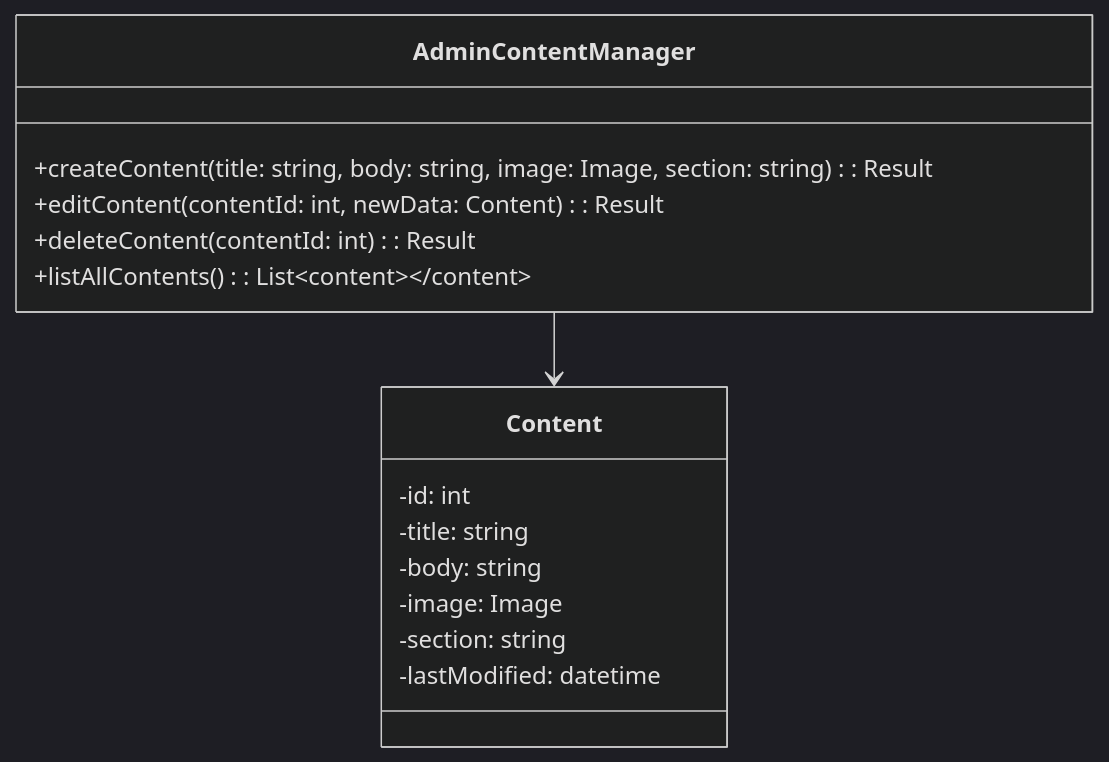
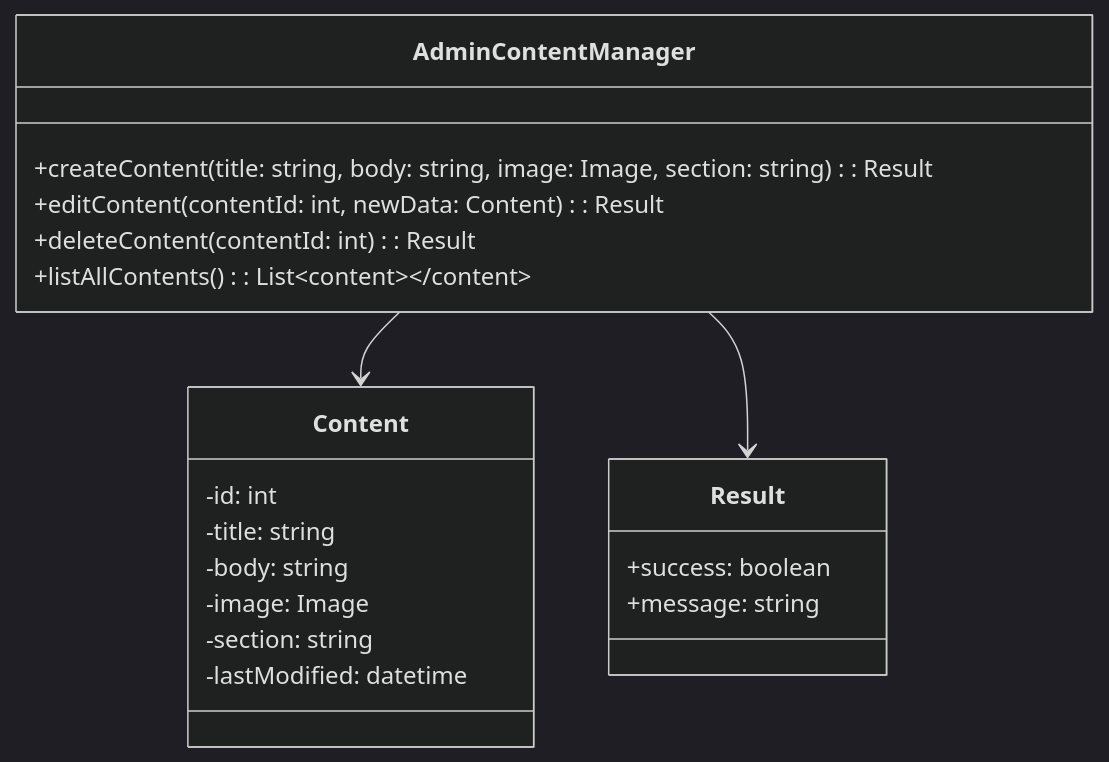
Diagram 11 of 11 in 2. Design/Software Design Documents.md (sun922/University-SoftwareDesign), drawn with Mermaid (dark theme) before and after one commit. The commit also changed other lines of this file, not shown here.

Commit message:
클래스 다이어그램 누락된거 수정

````diff
--- a/2. Design/Software Design Documents.md
+++ b/2. Design/Software Design Documents.md
@@ -1164,20 +1203,26 @@
 ```mermaid
 classDiagram
 class AdminContentManager {
   +createContent(title: string, body: string, image: Image, section: string): Result
   +editContent(contentId: int, newData: Content): Result
   +deleteContent(contentId: int): Result
   +listAllContents(): List<Content>
 }
 
 class Content {
   -id: int
   -title: string
   -body: string
   -image: Image
   -section: string
   -lastModified: datetime
 }
 
+class Result {
+  +success: boolean
+  +message: string
+}
+
 AdminContentManager --> Content
+AdminContentManager --> Result
 ```
````
